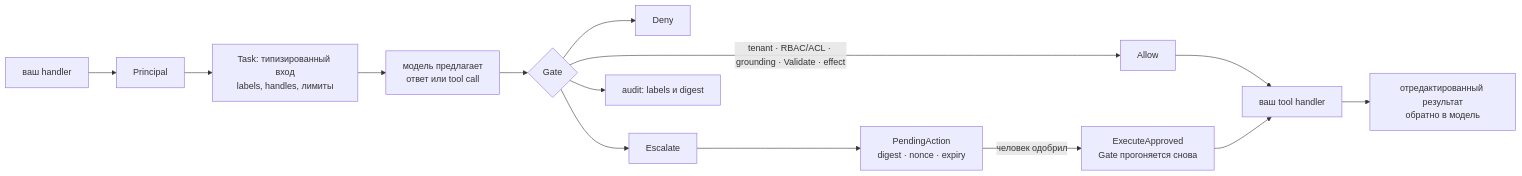
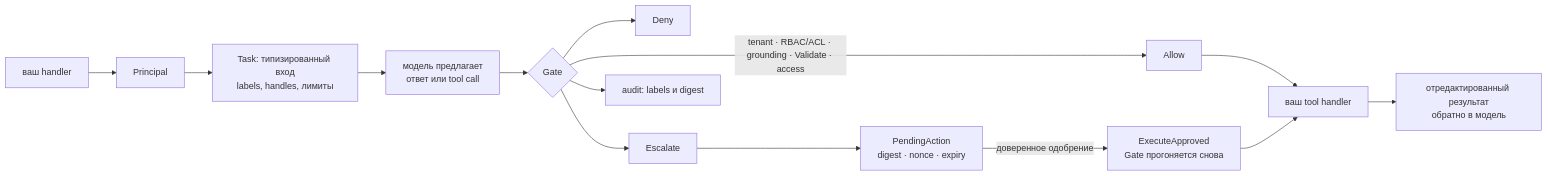
The diagram in README.ru.md (KirillYuzh/Gobellim), drawn with Mermaid before and after one commit. The commit also changed other lines of this file and 6 other files, not shown here.

````diff
--- a/README.ru.md
+++ b/README.ru.md
@@ -89,16 +77,16 @@
 ```mermaid
 flowchart LR
     H["ваш handler"] --> P["Principal"]
     P --> T["Task: типизированный вход<br/>labels, handles, лимиты"]
     T --> M["модель предлагает<br/>ответ или tool call"]
     M --> G{"Gate"}
-    G -->|"tenant · RBAC/ACL · grounding · Validate · effect"| A["Allow"]
+    G -->|"tenant · RBAC/ACL · grounding · Validate · access"| A["Allow"]
     G --> D["Deny"]
     G --> E["Escalate"]
     A --> X["ваш tool handler"]
     X --> R["отредактированный результат<br/>обратно в модель"]
     E --> C["PendingAction<br/>digest · nonce · expiry"]
-    C -->|"человек одобрил"| EA["ExecuteApproved<br/>Gate прогоняется снова"]
+    C -->|"доверенное одобрение"| EA["ExecuteApproved<br/>Gate прогоняется снова"]
     EA --> X
     G --> AU["audit: labels и digest"]
 ```
````
